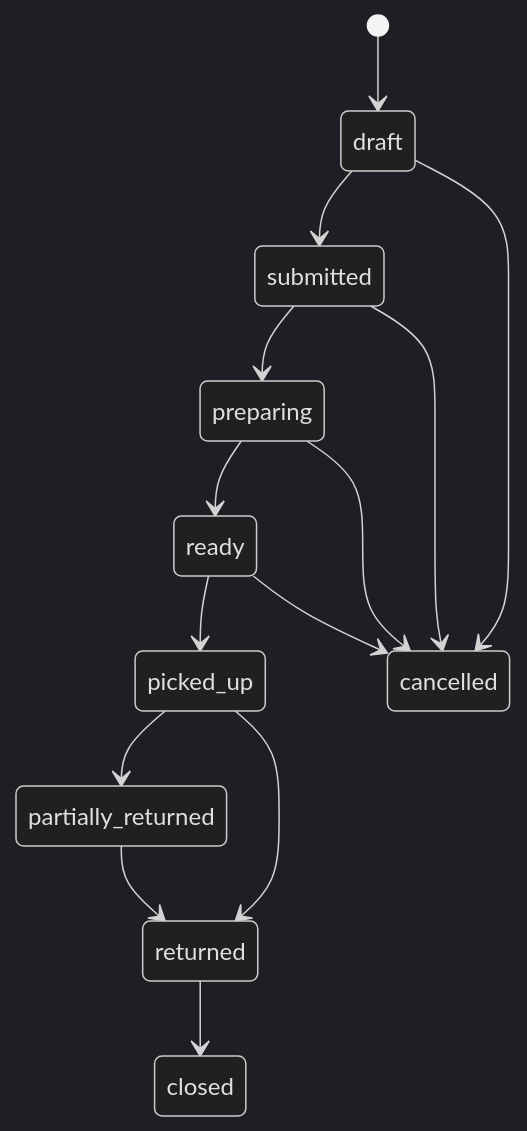
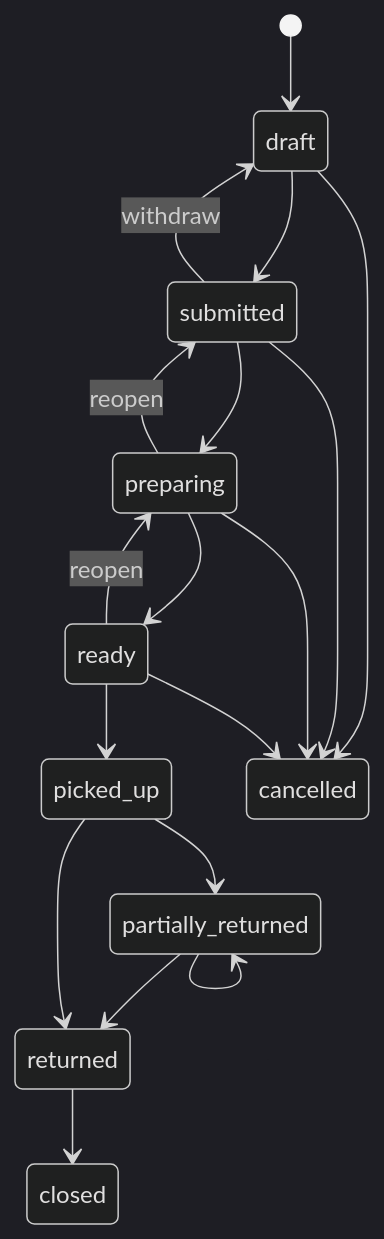
The second of 3 diagrams in docs/APP_FLOW.md (Voxel07/inventory), drawn with Mermaid (dark theme) before and after one commit. The commit also changed other lines of this file and 87 other files, not shown here.

````diff
--- a/docs/APP_FLOW.md
+++ b/docs/APP_FLOW.md
@@ -91,16 +91,20 @@
 ```mermaid
 stateDiagram-v2
     [*] --> draft
     draft --> submitted
+    submitted --> draft: withdraw
     submitted --> preparing
+    preparing --> submitted: reopen
     preparing --> ready
+    ready --> preparing: reopen
     ready --> picked_up
     picked_up --> partially_returned
+    partially_returned --> partially_returned
     partially_returned --> returned
     picked_up --> returned
     returned --> closed
     draft --> cancelled
     submitted --> cancelled
     preparing --> cancelled
     ready --> cancelled
 ```
````
